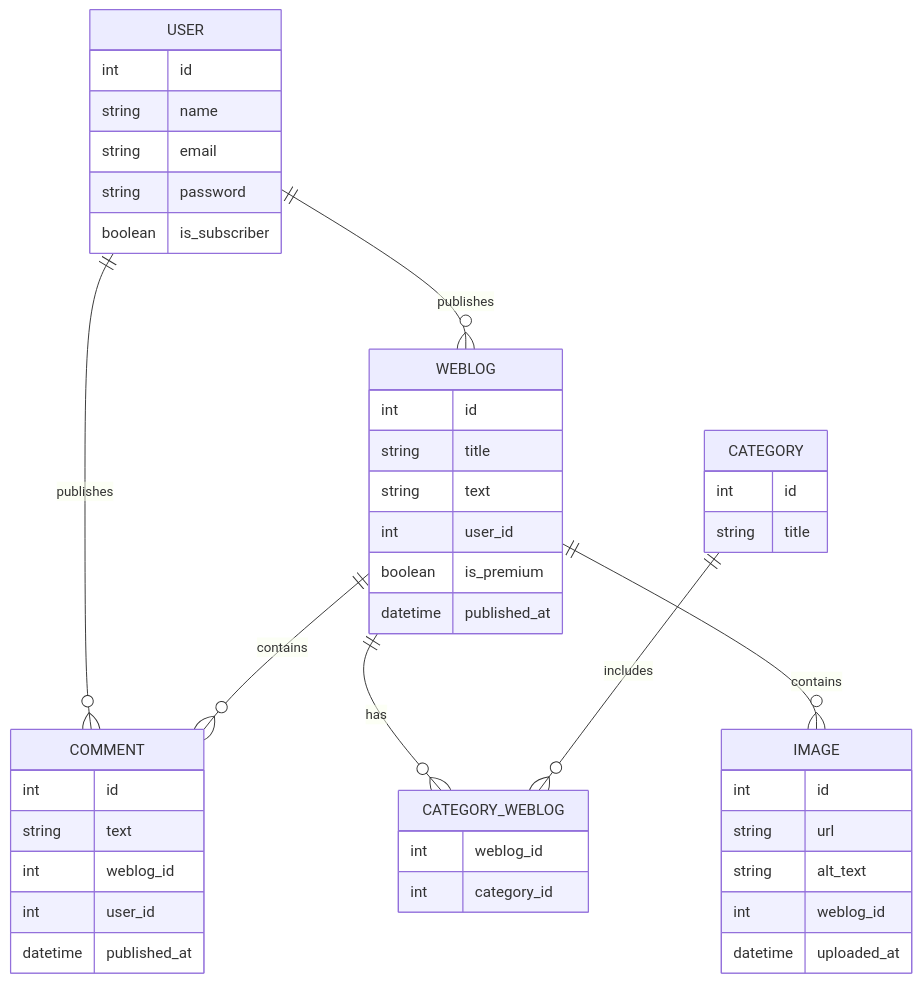
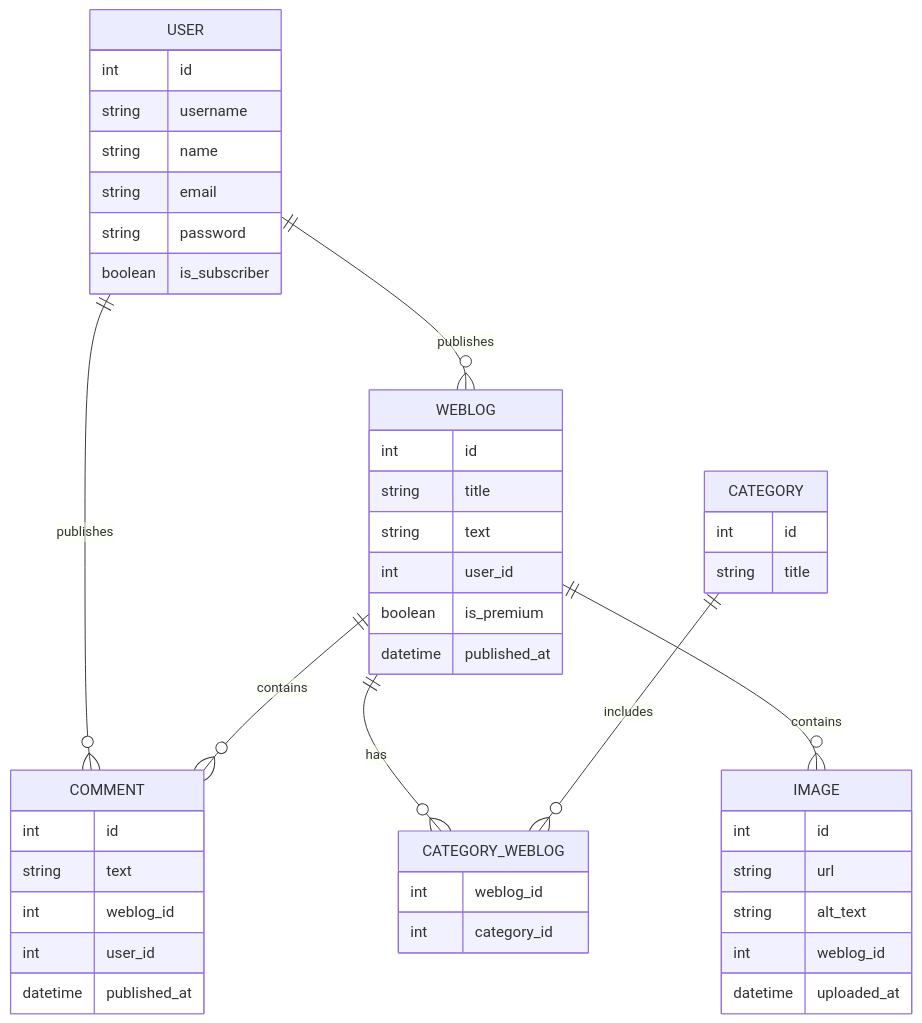
One commit to Oranje-Zal-Overwinnen/weblog-laravel changed the diagram in docs/DATABASE.md. Above: the diagram before and after it, drawn with Mermaid. The commit also changed other lines of this file and 13 other files, not shown here.

````diff
--- a/docs/DATABASE.md
+++ b/docs/DATABASE.md
@@ -3,52 +3,53 @@
 ```mermaid
 erDiagram
     USER ||--o{ WEBLOG : publishes
     USER ||--o{ COMMENT : publishes
     WEBLOG ||--o{ COMMENT : contains
     WEBLOG ||--o{ CATEGORY_WEBLOG : has
     CATEGORY ||--o{ CATEGORY_WEBLOG : includes
     WEBLOG ||--o{ IMAGE : contains
 
     USER {
         int id
+        string username
         string name
         string email
         string password
         boolean is_subscriber
     }
     
     CATEGORY {
         int id
         string title
     }
     
     WEBLOG {
         int id
         string title
         string text
         int user_id
         boolean is_premium
         datetime published_at
     }
     
     CATEGORY_WEBLOG {
         int weblog_id
         int category_id
     }
     
     COMMENT {
         int id
         string text
         int weblog_id
         int user_id
         datetime published_at
     }
 
     IMAGE {
         int id
         string url
         string alt_text
         int weblog_id
         datetime uploaded_at
     }
 ```
````
